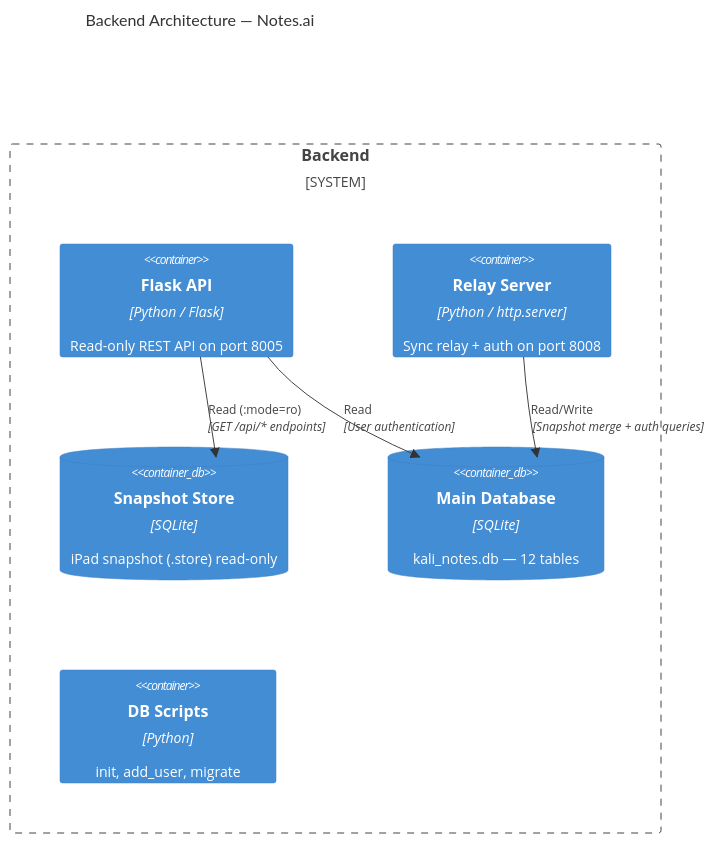
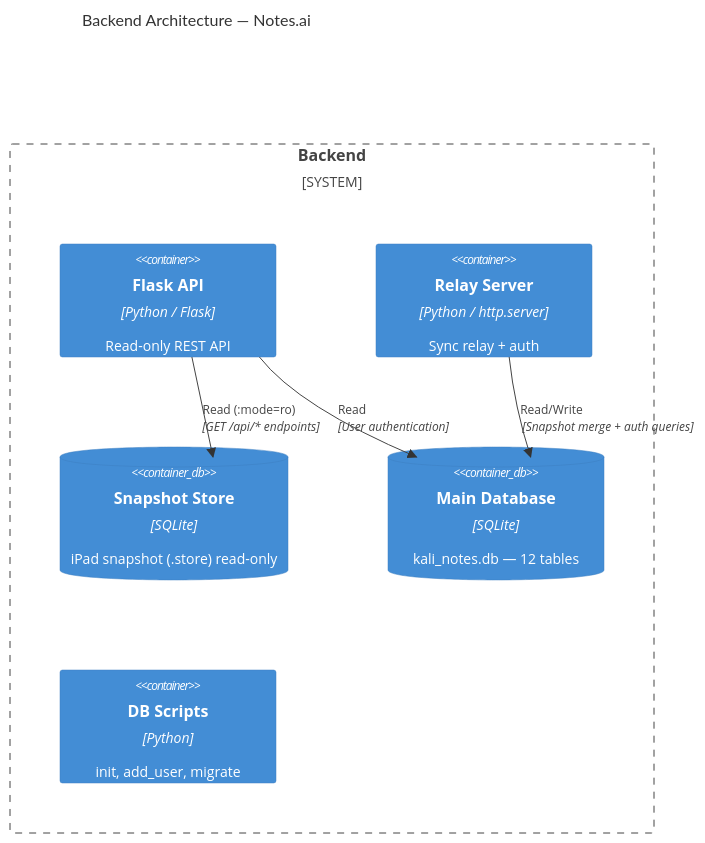
The first of 2 diagrams in README.md (Kenan999/Notes.ai), drawn with Mermaid before and after one commit. The commit also changed other lines of this file, not shown here.

Commit message:
Remove port references from README

````diff
--- a/README.md
+++ b/README.md
@@ -28,18 +27,18 @@
 ```mermaid
 C4Container
   title Backend Architecture — Notes.ai
 
   System_Boundary(backend, "Backend") {
-    Container(flask, "Flask API", "Python / Flask", "Read-only REST API on port 8005")
-    Container(relay, "Relay Server", "Python / http.server", "Sync relay + auth on port 8008")
+    Container(flask, "Flask API", "Python / Flask", "Read-only REST API")
+    Container(relay, "Relay Server", "Python / http.server", "Sync relay + auth")
     ContainerDb(snapshot, "Snapshot Store", "SQLite", "iPad snapshot (.store) read-only")
     ContainerDb(main_db, "Main Database", "SQLite", "kali_notes.db — 12 tables")
     Container(scripts, "DB Scripts", "Python", "init, add_user, migrate")
   }
 
   Rel(flask, snapshot, "Read (:mode=ro)", "GET /api/* endpoints")
   Rel(relay, main_db, "Read/Write", "Snapshot merge + auth queries")
   Rel(flask, main_db, "Read", "User authentication")
 
   UpdateLayoutConfig($c4ShapeInRow="3", $c4BoundaryInRow="1")
 ```
````
